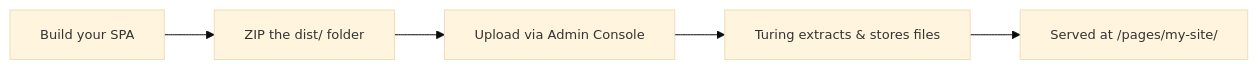
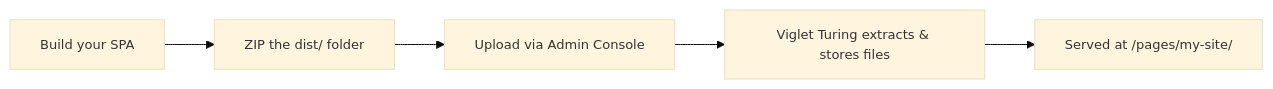
The diagram in frontend/apps/docs/src/content/docs/spa-pages.md (openviglet/turing), drawn with Mermaid before and after one commit. The commit also changed other lines of this file and 69 other files, not shown here.

````diff
--- a/frontend/apps/docs/src/content/docs/spa-pages.md
+++ b/frontend/apps/docs/src/content/docs/spa-pages.md
@@ -17,8 +17,8 @@
 ```mermaid
 %%{init: {'theme': 'base', 'themeVariables': {'fontSize': '13px'}}}%%
 flowchart LR
     A[Build your SPA] --> B[ZIP the dist/ folder]
     B --> C[Upload via Admin Console]
-    C --> D[Turing extracts & stores files]
+    C --> D[Viglet Turing extracts & stores files]
     D --> E["Served at /pages/my-site/"]
 ```
````
